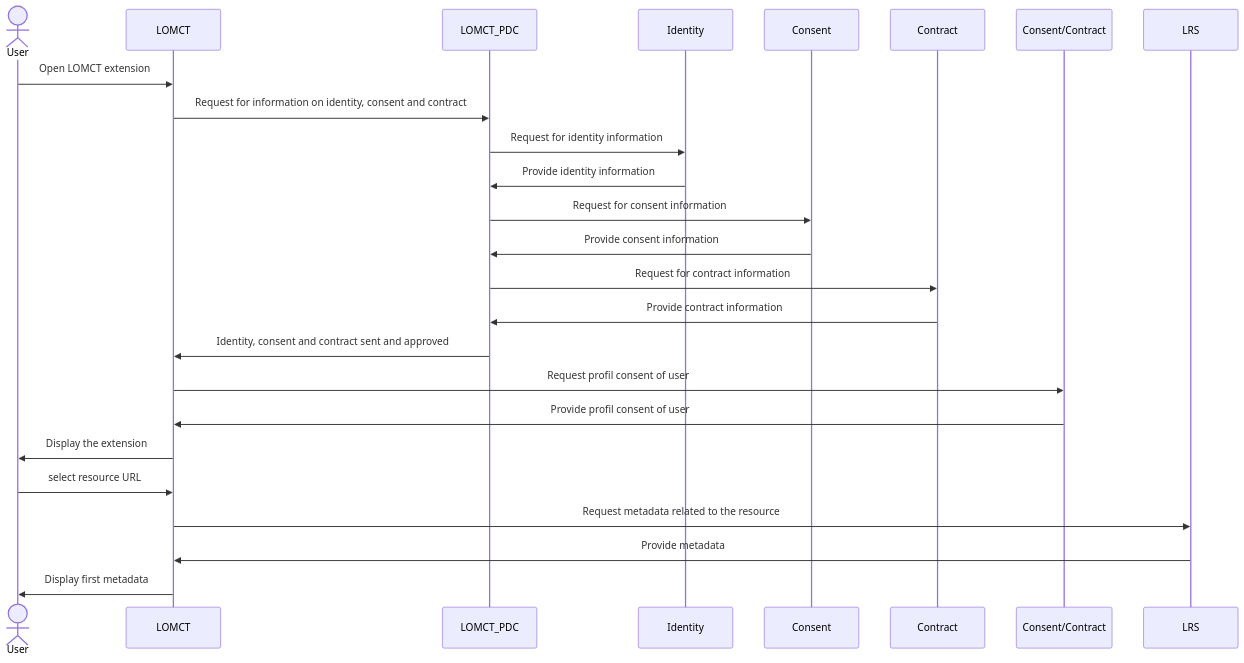
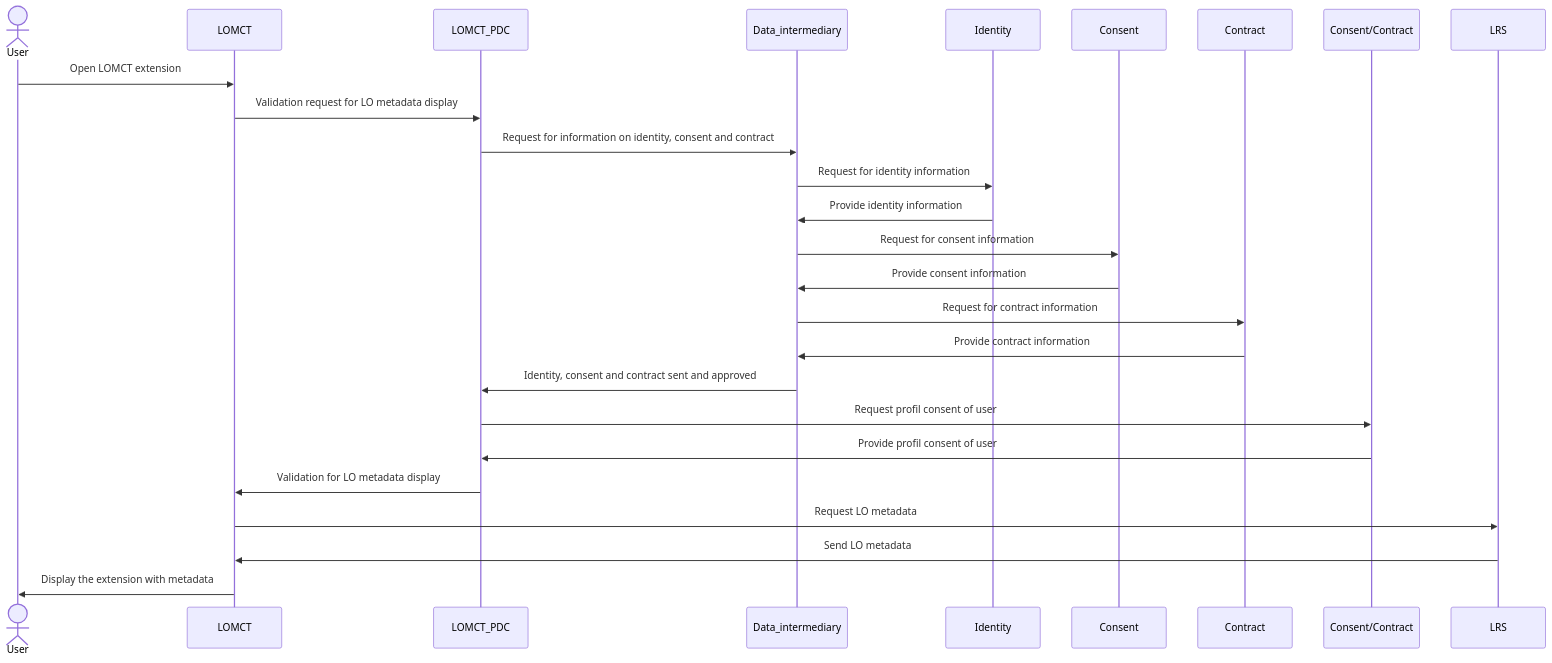
The third of 4 diagrams in docs/Learning Object Metadata Crowd Tagging BB – Design document.md (Prometheus-X-association/lomct), drawn with Mermaid before and after one commit. The commit also changed other lines of this file, not shown here.

Commit message:
Update Learning Object Metadata Crowd Tagging BB – Design document.md

````diff
--- a/docs/Learning Object Metadata Crowd Tagging BB – Design document.md
+++ b/docs/Learning Object Metadata Crowd Tagging BB – Design document.md
@@ -631,20 +628,20 @@
 ```mermaid
 sequenceDiagram
    actor User as User
    User->>LOMCT: Open LOMCT extension
-   LOMCT->>LOMCT_PDC: Request for information on identity, consent and contract
-   LOMCT_PDC->>Identity: Request for identity information
-   Identity->>LOMCT_PDC: Provide identity information
-   LOMCT_PDC->>Consent: Request for consent information
-   Consent->>LOMCT_PDC: Provide consent information
-   LOMCT_PDC->>Contract: Request for contract information
-   Contract->>LOMCT_PDC: Provide contract information
-   LOMCT_PDC->>LOMCT: Identity, consent and contract sent and approved
-   LOMCT->>Consent/Contract: Request profil consent of user
-   Consent/Contract->>LOMCT: Provide profil consent of user
-   LOMCT->>User: Display the extension
-   User->>LOMCT: select resource URL
-   LOMCT->>LRS: Request metadata related to the resource
-   LRS->>LOMCT: Provide metadata
-   LOMCT->>User: Display first metadata
+   LOMCT->>LOMCT_PDC: Validation request for LO metadata display
+   LOMCT_PDC->>Data_intermediary: Request for information on identity, consent and contract
+   Data_intermediary->>Identity: Request for identity information
+   Identity->>Data_intermediary: Provide identity information
+   Data_intermediary->>Consent: Request for consent information
+   Consent->>Data_intermediary: Provide consent information
+   Data_intermediary->>Contract: Request for contract information
+   Contract->>Data_intermediary: Provide contract information
+   Data_intermediary->>LOMCT_PDC: Identity, consent and contract sent and approved
+   LOMCT_PDC->>Consent/Contract: Request profil consent of user
+   Consent/Contract->>LOMCT_PDC: Provide profil consent of user
+   LOMCT_PDC->>LOMCT: Validation for LO metadata display
+   LOMCT->>LRS: Request LO metadata
+   LRS->>LOMCT: Send LO metadata
+   LOMCT->>User: Display the extension with metadata
 ```
````
